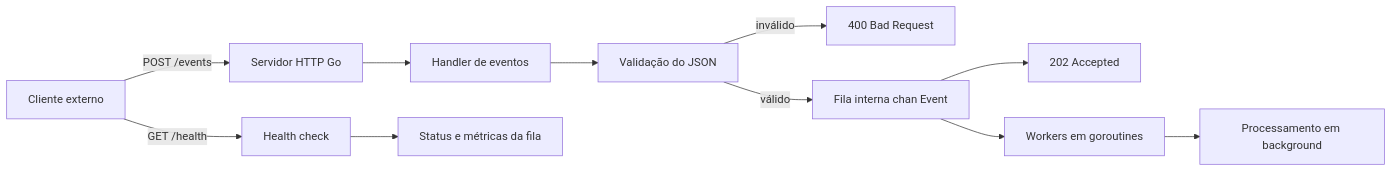
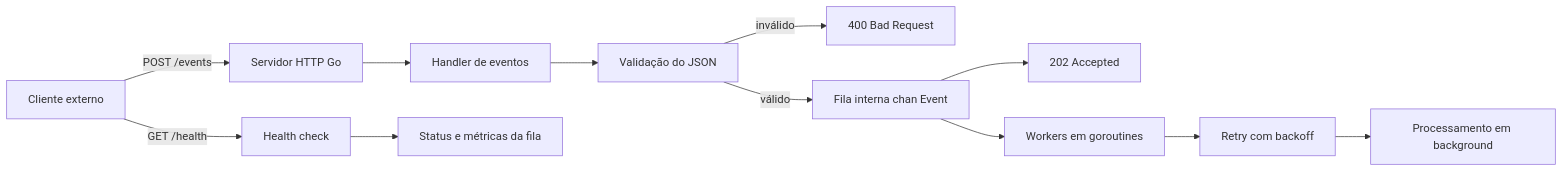
The diagram in README.md (rafamguedes/go-webhook-processor), drawn with Mermaid before and after one commit. The commit also changed other lines of this file and 3 other files, not shown here.

````diff
--- a/README.md
+++ b/README.md
@@ -34,14 +33,15 @@
 ```mermaid
 flowchart LR
     client[Cliente externo] -->|POST /events| api[Servidor HTTP Go]
     api --> handler[Handler de eventos]
     handler --> validation[Validação do JSON]
     validation -->|inválido| badRequest[400 Bad Request]
     validation -->|válido| queue[Fila interna chan Event]
     queue --> accepted[202 Accepted]
     queue --> workers[Workers em goroutines]
-    workers --> processor[Processamento em background]
+    workers --> retry[Retry com backoff]
+    retry --> processor[Processamento em background]
 
     client -->|GET /health| health[Health check]
     health --> status[Status e métricas da fila]
 ```
````
